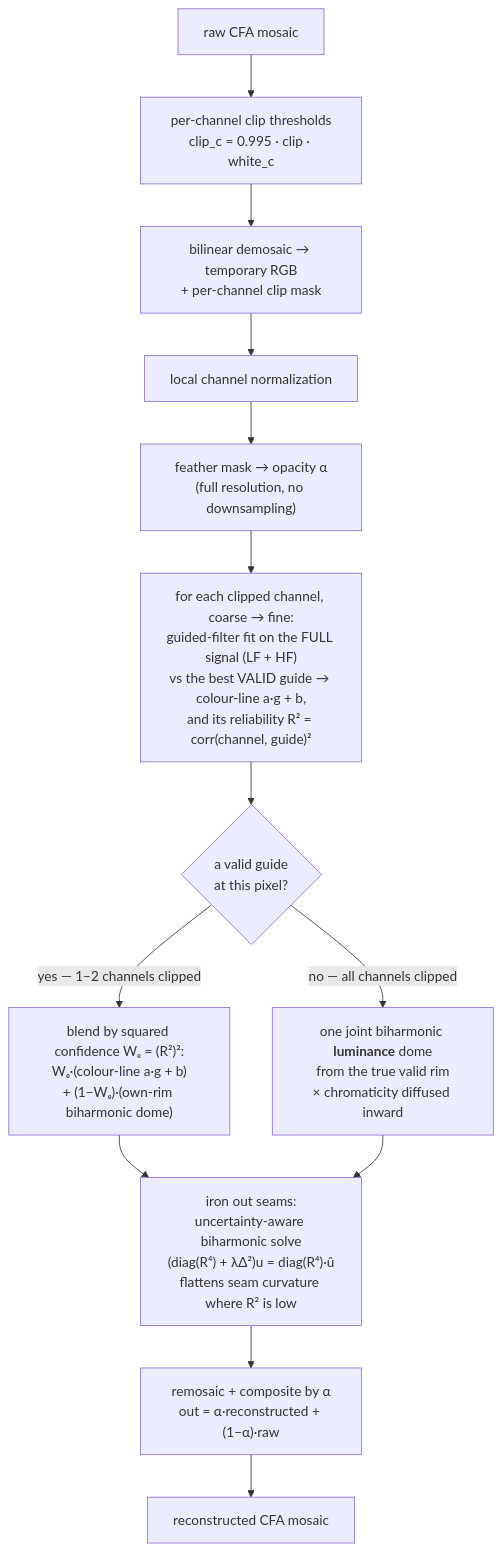
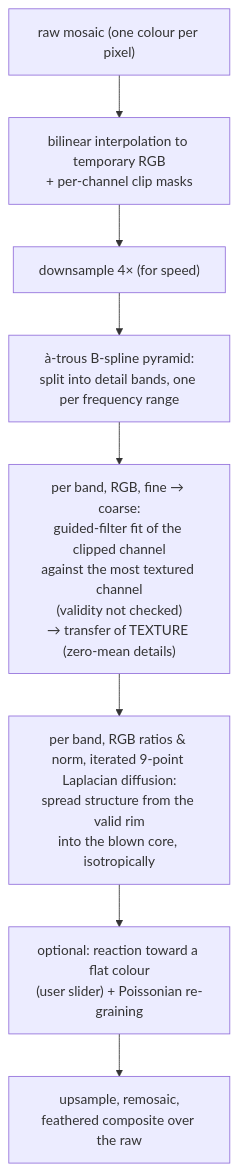
Before and after one commit to aurelienpierreeng/ansel-website: the first of 2 diagrams in content/resources/guided-laplacian-highlights/index.md, drawn with Mermaid. The commit also changed other lines of this file and 67 other files, not shown here.

````diff
--- a/content/resources/guided-laplacian-highlights/index.md
+++ b/content/resources/guided-laplacian-highlights/index.md
@@ -284,15 +446,10 @@
 ```mermaid
 flowchart TD
-  A["raw CFA mosaic"] --> B["per-channel clip thresholds<br/>clip_c = 0.995 · clip · white_c"]
-  B --> C["bilinear demosaic → temporary RGB<br/>+ per-channel clip mask"]
-  C --> D["local channel normalization"]
-  D --> E["feather mask → opacity α<br/>(full resolution, no downsampling)"]
-  E --> F["for each clipped channel, coarse → fine:<br/>guided-filter fit on the FULL signal (LF + HF)<br/>vs the best VALID guide → colour-line a·g + b,<br/>and its reliability R² = corr(channel, guide)²"]
-  F --> G{"a valid guide<br/>at this pixel?"}
-  G -->|"yes — 1–2 channels clipped"| H["blend by squared confidence Wₑ = (R²)²:<br/>Wₑ·(colour-line a·g + b)<br/>+ (1−Wₑ)·(own-rim biharmonic dome)"]
-  G -->|"no — all channels clipped"| I["one joint biharmonic <b>luminance</b> dome<br/>from the true valid rim<br/>× chromaticity diffused inward"]
-  H --> P["iron out seams:<br/>uncertainty-aware biharmonic solve<br/>(diag(R⁴) + λΔ²)u = diag(R⁴)·û<br/>flattens seam curvature where R² is low"]
-  I --> P
-  P --> J["remosaic + composite by α<br/>out = α·reconstructed + (1−α)·raw"]
-  J --> K["reconstructed CFA mosaic"]
+  A["raw mosaic (one colour per pixel)"] --> B["bilinear interpolation to temporary RGB<br/>+ per-channel clip masks"]
+  B --> C["downsample 4× (for speed)"]
+  C --> D["à-trous B-spline pyramid:<br/>split into detail bands, one per frequency range"]
+  D --> E["per band, RGB, fine → coarse:<br/>guided-filter fit of the clipped channel<br/>against the most textured channel<br/>(validity not checked)<br/>→ transfer of TEXTURE (zero-mean details)"]
+  E --> F["per band, RGB ratios & norm, iterated 9-point Laplacian diffusion:<br/>spread structure from the valid rim<br/>into the blown core, isotropically"]
+  F --> G["optional: reaction toward a flat colour<br/>(user slider) + Poissonian re-graining"]
+  G --> H["upsample, remosaic,<br/>feathered composite over the raw"]
 ```
````
